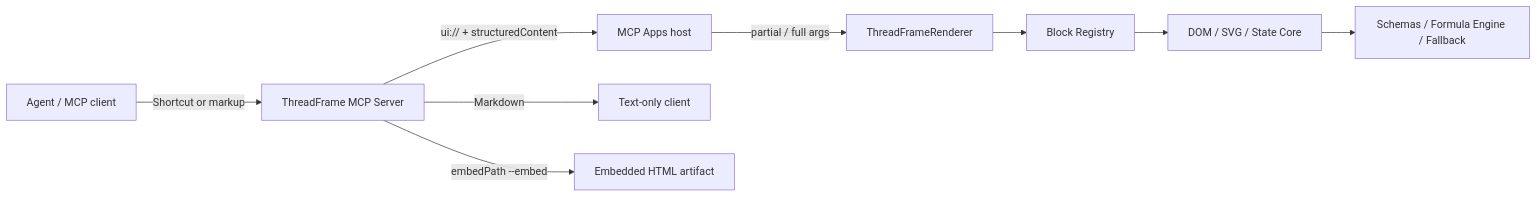
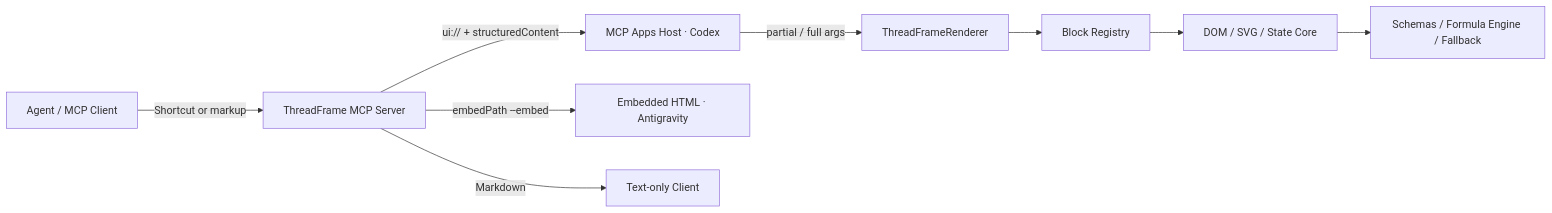
One commit to losewayy/threadframe changed the diagram in README.md. Above: the diagram before and after it, drawn with Mermaid. The commit also changed other lines of this file and 3 other files, not shown here.

Commit message:
docs: polish bilingual README with Codex and Antigravity showcase

````diff
--- a/README.md
+++ b/README.md
@@ -105,11 +152,11 @@
 ```mermaid
 flowchart LR
-  Agent[Agent / MCP client] -->|Shortcut or markup| Server[ThreadFrame MCP Server]
-  Server -->|ui:// + structuredContent| Host[MCP Apps host]
-  Server -->|Markdown| Text[Text-only client]
-  Server -->|embedPath --embed| Embed[Embedded HTML artifact]
+  Agent[Agent / MCP Client] -->|Shortcut or markup| Server[ThreadFrame MCP Server]
+  Server -->|ui:// + structuredContent| Host[MCP Apps Host · Codex]
+  Server -->|embedPath --embed| Embed[Embedded HTML · Antigravity]
+  Server -->|Markdown| Text[Text-only Client]
   Host -->|partial / full args| Renderer[ThreadFrameRenderer]
   Renderer --> Registry[Block Registry]
   Registry --> Core[DOM / SVG / State Core]
   Core --> Pure[Schemas / Formula Engine / Fallback]
 ```
````
